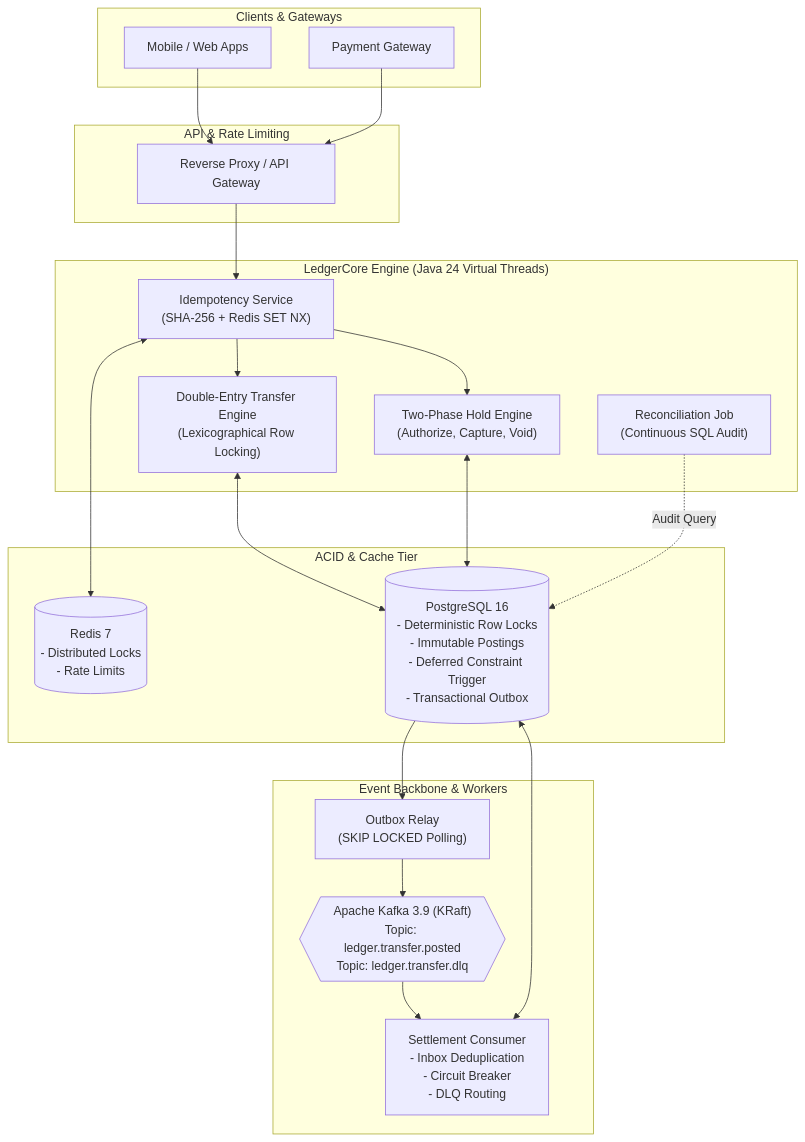
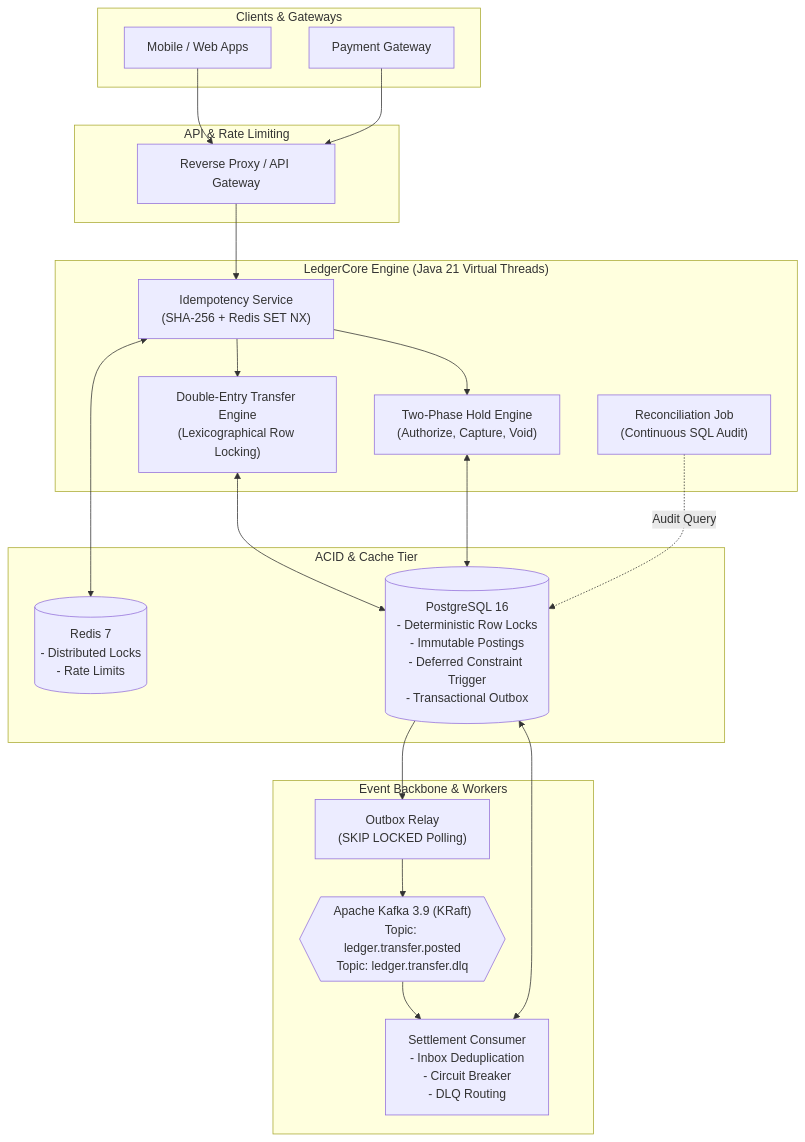
The first of 2 diagrams in README.md (gopichand-1423/ledgercore), drawn with Mermaid before and after one commit. The commit also changed other lines of this file and 5 other files, not shown here.

Commit message:
fix: resolve Maven parent version, YAML schema warnings, and IDE classpath

````diff
--- a/README.md
+++ b/README.md
@@ -33,45 +33,45 @@
 ```mermaid
 flowchart TD
     subgraph Clients["Clients & Gateways"]
         ClientApp["Mobile / Web Apps"]
         PaymentGW["Payment Gateway"]
     end
 
     subgraph Ingress["API & Rate Limiting"]
         Gateway["Reverse Proxy / API Gateway"]
     end
 
-    subgraph CoreApp["LedgerCore Engine (Java 24 Virtual Threads)"]
+    subgraph CoreApp["LedgerCore Engine (Java 21 Virtual Threads)"]
         IdempService["Idempotency Service<br/>(SHA-256 + Redis SET NX)"]
         TransferEngine["Double-Entry Transfer Engine<br/>(Lexicographical Row Locking)"]
         HoldEngine["Two-Phase Hold Engine<br/>(Authorize, Capture, Void)"]
         ReconEngine["Reconciliation Job<br/>(Continuous SQL Audit)"]
     end
 
     subgraph Storage["ACID & Cache Tier"]
         RedisCluster[("Redis 7<br/>- Distributed Locks<br/>- Rate Limits")]
         PostgresDB[("PostgreSQL 16<br/>- Deterministic Row Locks<br/>- Immutable Postings<br/>- Deferred Constraint Trigger<br/>- Transactional Outbox")]
     end
 
     subgraph Messaging["Event Backbone & Workers"]
         OutboxRelayWorker["Outbox Relay<br/>(SKIP LOCKED Polling)"]
         KafkaBus{{"Apache Kafka 3.9 (KRaft)<br/>Topic: ledger.transfer.posted<br/>Topic: ledger.transfer.dlq"}}
         SettlementWorker["Settlement Consumer<br/>- Inbox Deduplication<br/>- Circuit Breaker<br/>- DLQ Routing"]
     end
 
     ClientApp --> Gateway
     PaymentGW --> Gateway
     Gateway --> IdempService
     IdempService <--> RedisCluster
     IdempService --> TransferEngine
     IdempService --> HoldEngine
 
     TransferEngine <--> PostgresDB
     HoldEngine <--> PostgresDB
     ReconEngine -.->|Audit Query| PostgresDB
 
     PostgresDB --> OutboxRelayWorker
     OutboxRelayWorker --> KafkaBus
     KafkaBus --> SettlementWorker
     SettlementWorker <--> PostgresDB
 ```
````
